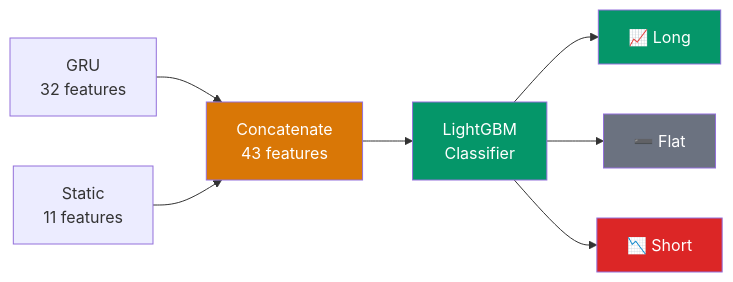
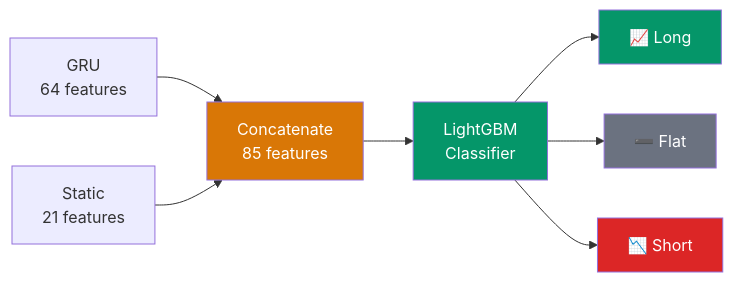
One commit to ultimateBroK/thesis-lgbm changed the fifth of 10 diagrams in docs/ARCHITECTURE.md. Above: the diagram before and after it, drawn with Mermaid. The commit also changed other lines of this file and 16 other files, not shown here.

First line of the commit message:
feat: enhance configuration and pipeline for improved validation and model architecture

````diff
--- a/docs/ARCHITECTURE.md
+++ b/docs/ARCHITECTURE.md
@@ -176,15 +175,15 @@
 ```mermaid
 flowchart LR
-    GRU_OUT["GRU<br/>32 features"] --> COMBINE["Concatenate<br/>43 features"]
-    STATIC["Static<br/>11 features"] --> COMBINE
+    GRU_OUT["GRU<br/>64 features"] --> COMBINE["Concatenate<br/>85 features"]
+    STATIC["Static<br/>21 features"] --> COMBINE
     COMBINE --> LGBM["LightGBM<br/>Classifier"]
     LGBM --> LONG["📈 Long"]
     LGBM --> FLAT["➖ Flat"]
     LGBM --> SHORT["📉 Short"]
 
     style COMBINE fill:#D97706,color:#fff
     style LGBM fill:#059669,color:#fff
     style LONG fill:#059669,color:#fff
     style FLAT fill:#6B7280,color:#fff
     style SHORT fill:#DC2626,color:#fff
 ```
````
